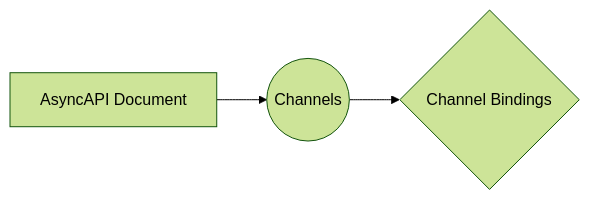
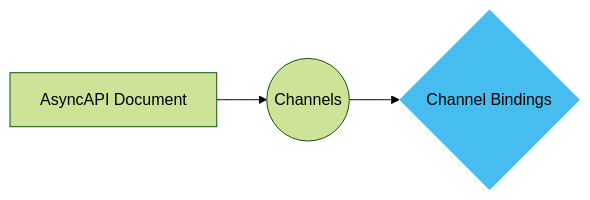
One commit to asyncapi/website changed the third of 6 diagrams in pages/docs/concepts/asyncapi-document/adding-bindings.md. Above: the diagram before and after it, drawn with Mermaid (forest theme). The commit also changed other lines of this file, not shown here.

````diff
--- a/pages/docs/concepts/asyncapi-document/adding-bindings.md
+++ b/pages/docs/concepts/asyncapi-document/adding-bindings.md
@@ -47,5 +66,7 @@
 ```mermaid
 graph LR
 A[AsyncAPI Document] --> D((Channels))
-D --> E{Channel Bindings}
+D --> G{Channel Bindings}
+
+style G fill:#47BCEE,stroke:#47BCEE;
 ```
````
